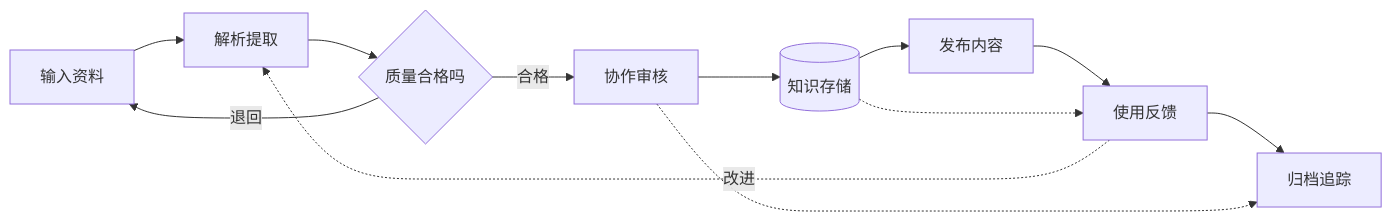
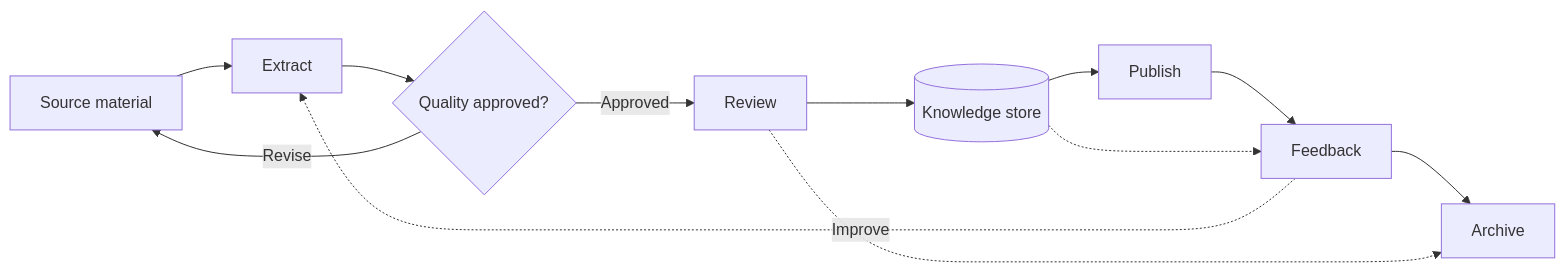
One commit to wizlijun/note.md changed the first of 50 diagrams in docs/examples/mermaid-pele-theme-gallery.md. Above: the diagram before and after it, drawn with Mermaid. The commit also changed other lines of this file, not shown here.

Commit message:
docs: make diagram gallery English and image focused

````diff
--- a/docs/examples/mermaid-pele-theme-gallery.md
+++ b/docs/examples/mermaid-pele-theme-gallery.md
@@ -130,14 +5,14 @@
 ```mermaid
 flowchart LR
-  Input[输入资料] --> Extract[解析提取]
-  Extract --> Decide{质量合格吗}
-  Decide -->|合格| Review[协作审核]
-  Decide -->|退回| Input
-  Review --> Store[(知识存储)]
-  Store --> Publish[发布内容]
-  Publish --> Observe[使用反馈]
-  Observe --> Archive[归档追踪]
-  Observe -.->|改进| Extract
+  Input[Source material] --> Extract[Extract]
+  Extract --> Decide{Quality approved?}
+  Decide -->|Approved| Review[Review]
+  Decide -->|Revise| Input
+  Review --> Store[(Knowledge store)]
+  Store --> Publish[Publish]
+  Publish --> Observe[Feedback]
+  Observe --> Archive[Archive]
+  Observe -.->|Improve| Extract
   Review -.-> Archive
   Store -.-> Observe
 ```
````
